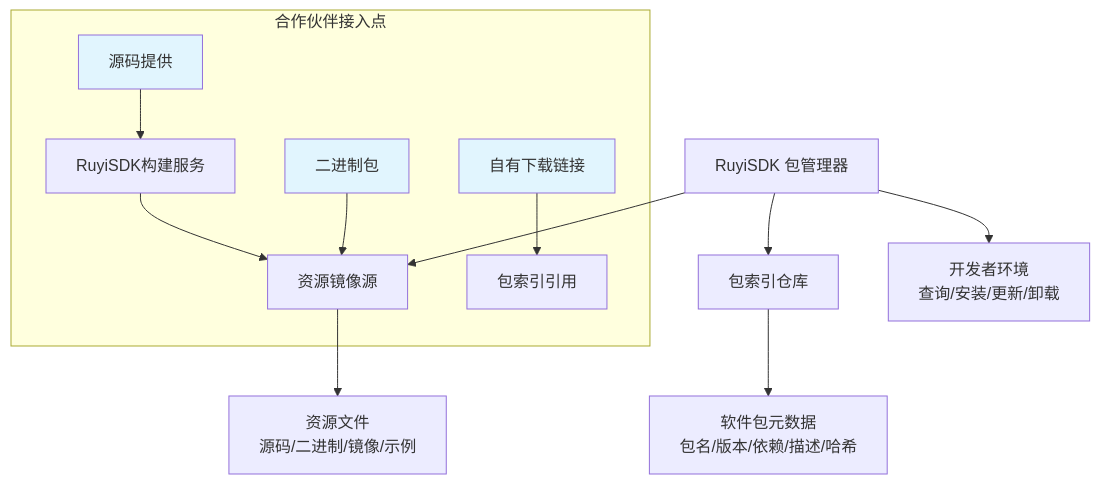
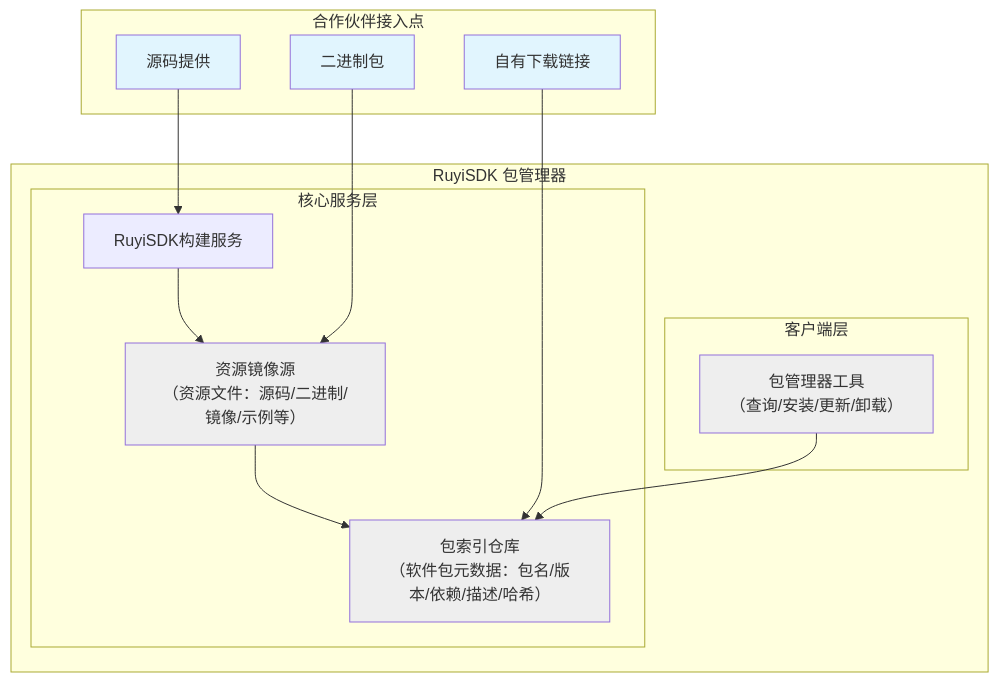
The diagram in cooperate/package.md (xijing21/ruyisdk-work), drawn with Mermaid before and after one commit.

````diff
--- a/cooperate/package.md
+++ b/cooperate/package.md
@@ -9,20 +9,32 @@
 ```mermaid
 graph TD
-    A[RuyiSDK 包管理器] --> B[包索引仓库]
-    A --> C[资源镜像源]
-    
-    B --> D[软件包元数据<br/>包名/版本/依赖/描述/哈希]
-    C --> E[资源文件<br/>源码/二进制/镜像/示例]
-    
-    A --> F[开发者环境<br/>查询/安装/更新/卸载]
-    
     subgraph "合作伙伴接入点"
-        G[源码提供] --> H[RuyiSDK构建服务] --> C
-        I[二进制包] --> C
-        J[自有下载链接] --> K[包索引引用]
+        E[源码提供]
+        F[二进制包]
+        G[自有下载链接]
     end
     
+    subgraph "RuyiSDK 包管理器"
+        subgraph "核心服务层"
+            D[RuyiSDK构建服务] --> A[资源镜像源<br/>（资源文件：源码/二进制/镜像/示例等）]
+            A --> B[包索引仓库<br/>（软件包元数据：包名/版本/依赖/描述/哈希）]
+        end
+        
+        subgraph "客户端层"
+            C[包管理器工具<br/>（查询/安装/更新/卸载）]
+        end
+    end
+    
+    E --> D 
+    F --> A
+    G --> B
+    C --> B
+    
+    style A fill:#eeeeee
+    style B fill:#eeeeee
+    style C fill:#eeeeee
+    
+    style E fill:#e1f5fe
+    style F fill:#e1f5fe
     style G fill:#e1f5fe
-    style I fill:#e1f5fe
-    style J fill:#e1f5fe
 ```
````
